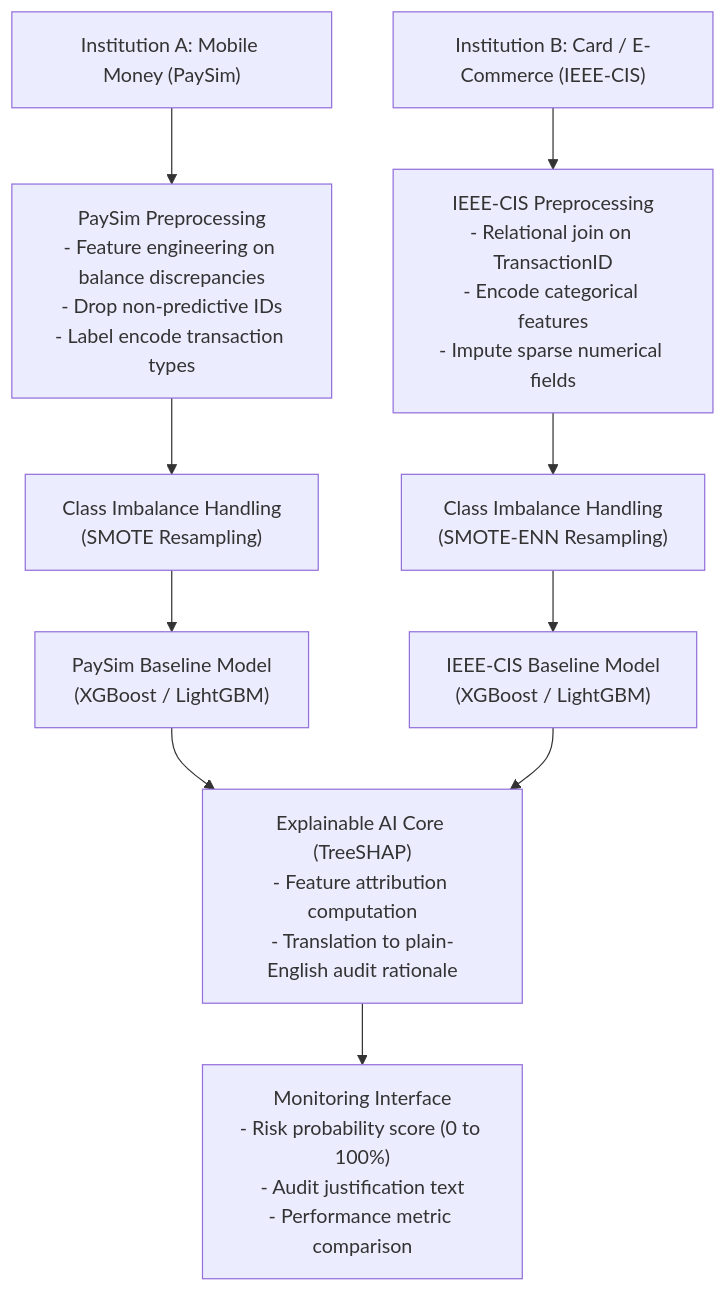
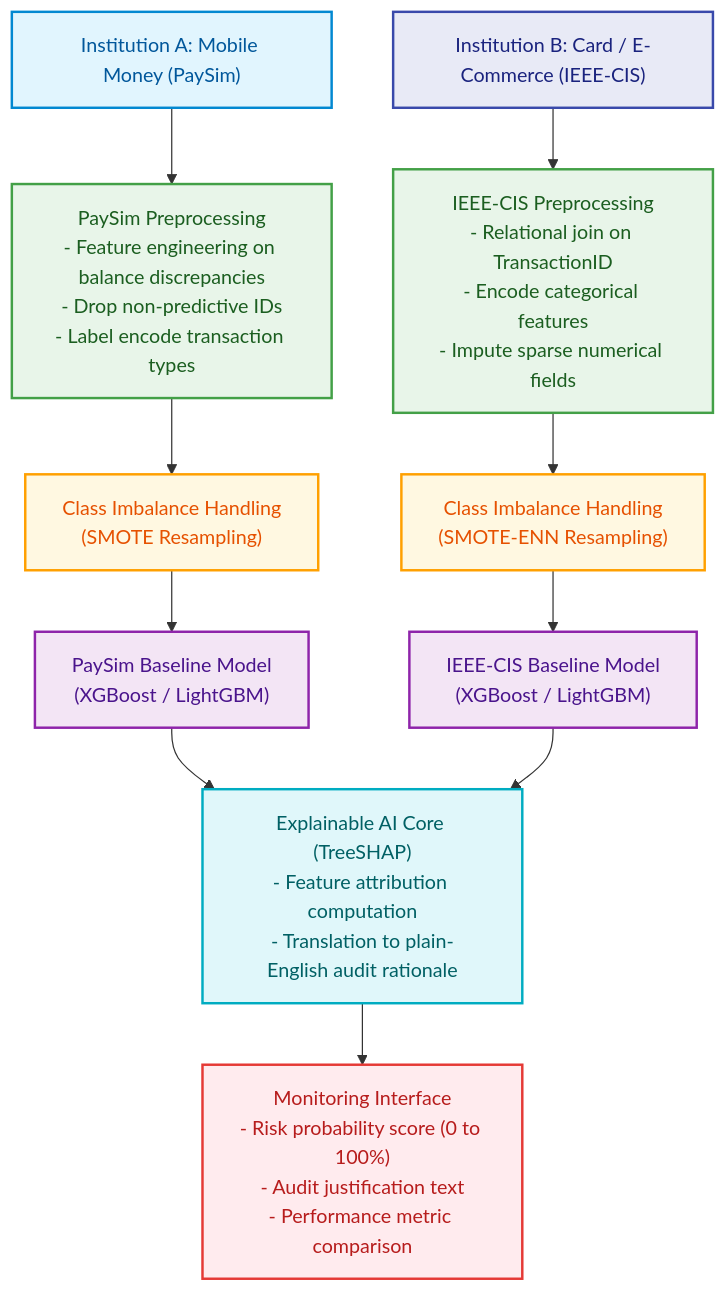
One commit to End-2007/Privacy-Preserving-Multi-Institutional-Financial-Fraud-Detection changed the first of 4 diagrams in ARCHITECTURE.md. Above: the diagram before and after it, drawn with Mermaid. The commit also changed other lines of this file and 2 other files, not shown here.

````diff
--- a/ARCHITECTURE.md
+++ b/ARCHITECTURE.md
@@ -11,28 +11,39 @@
 ```mermaid
 flowchart TD
     D1["Institution A: Mobile Money (PaySim)"]
     D2["Institution B: Card / E-Commerce (IEEE-CIS)"]
 
     P1["PaySim Preprocessing\n- Feature engineering on balance discrepancies\n- Drop non-predictive IDs\n- Label encode transaction types"]
     P2["IEEE-CIS Preprocessing\n- Relational join on TransactionID\n- Encode categorical features\n- Impute sparse numerical fields"]
 
     S1["Class Imbalance Handling\n(SMOTE Resampling)"]
     S2["Class Imbalance Handling\n(SMOTE-ENN Resampling)"]
 
     M1["PaySim Baseline Model\n(XGBoost / LightGBM)"]
     M2["IEEE-CIS Baseline Model\n(XGBoost / LightGBM)"]
 
     XAI["Explainable AI Core (TreeSHAP)\n- Feature attribution computation\n- Translation to plain-English audit rationale"]
 
     OUT["Monitoring Interface\n- Risk probability score (0 to 100%)\n- Audit justification text\n- Performance metric comparison"]
 
     D1 --> P1
     D2 --> P2
     P1 --> S1
     P2 --> S2
     S1 --> M1
     S2 --> M2
     M1 --> XAI
     M2 --> XAI
     XAI --> OUT
+
+    style D1 fill:#E1F5FE,stroke:#0288D1,stroke-width:2px,color:#01579B
+    style D2 fill:#E8EAF6,stroke:#3949AB,stroke-width:2px,color:#1A237E
+    style P1 fill:#E8F5E9,stroke:#43A047,stroke-width:2px,color:#1B5E20
+    style P2 fill:#E8F5E9,stroke:#43A047,stroke-width:2px,color:#1B5E20
+    style S1 fill:#FFF8E1,stroke:#FFA000,stroke-width:2px,color:#E65100
+    style S2 fill:#FFF8E1,stroke:#FFA000,stroke-width:2px,color:#E65100
+    style M1 fill:#F3E5F5,stroke:#8E24AA,stroke-width:2px,color:#4A148C
+    style M2 fill:#F3E5F5,stroke:#8E24AA,stroke-width:2px,color:#4A148C
+    style XAI fill:#E0F7FA,stroke:#00ACC1,stroke-width:2px,color:#006064
+    style OUT fill:#FFEBEE,stroke:#E53935,stroke-width:2px,color:#B71C1C
 ```
````
